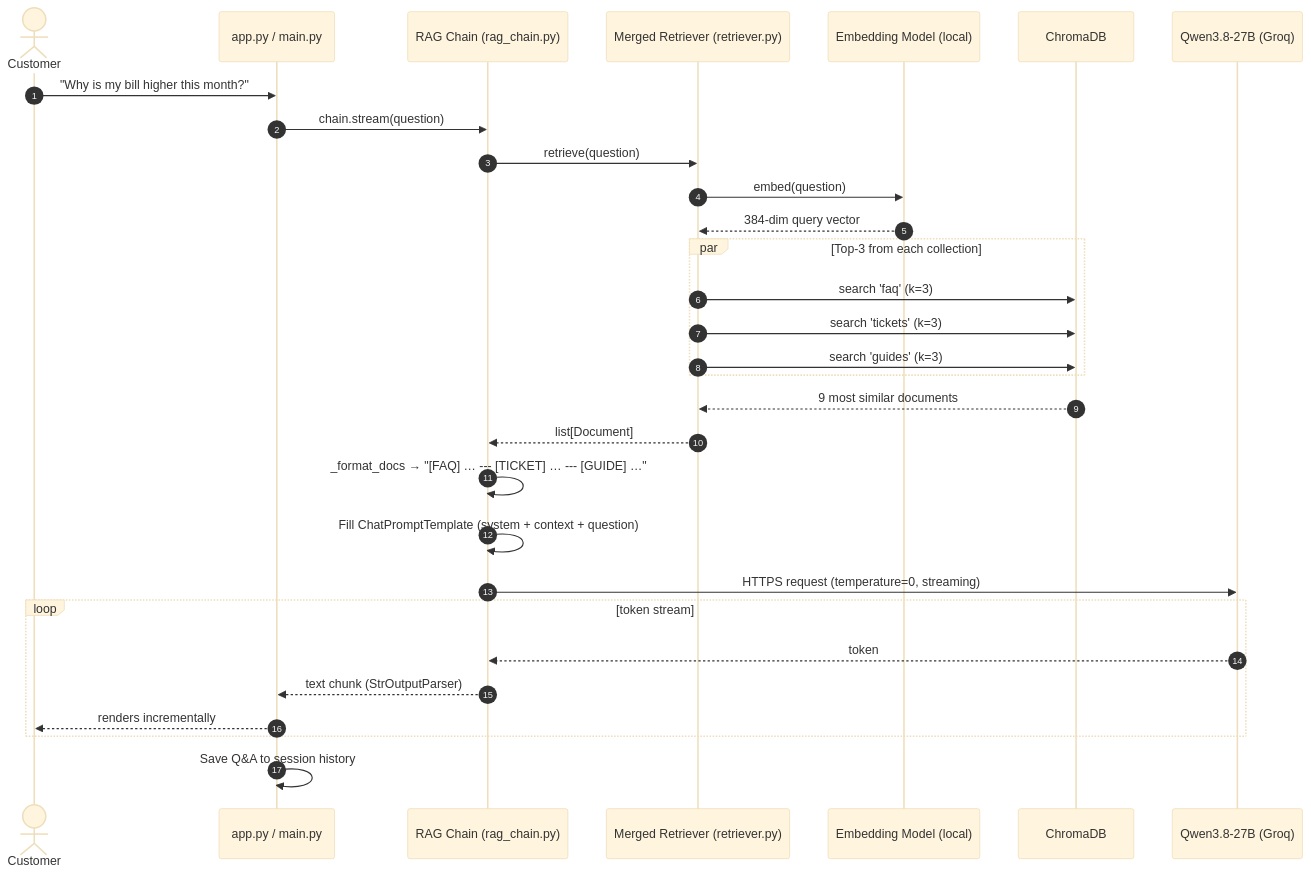
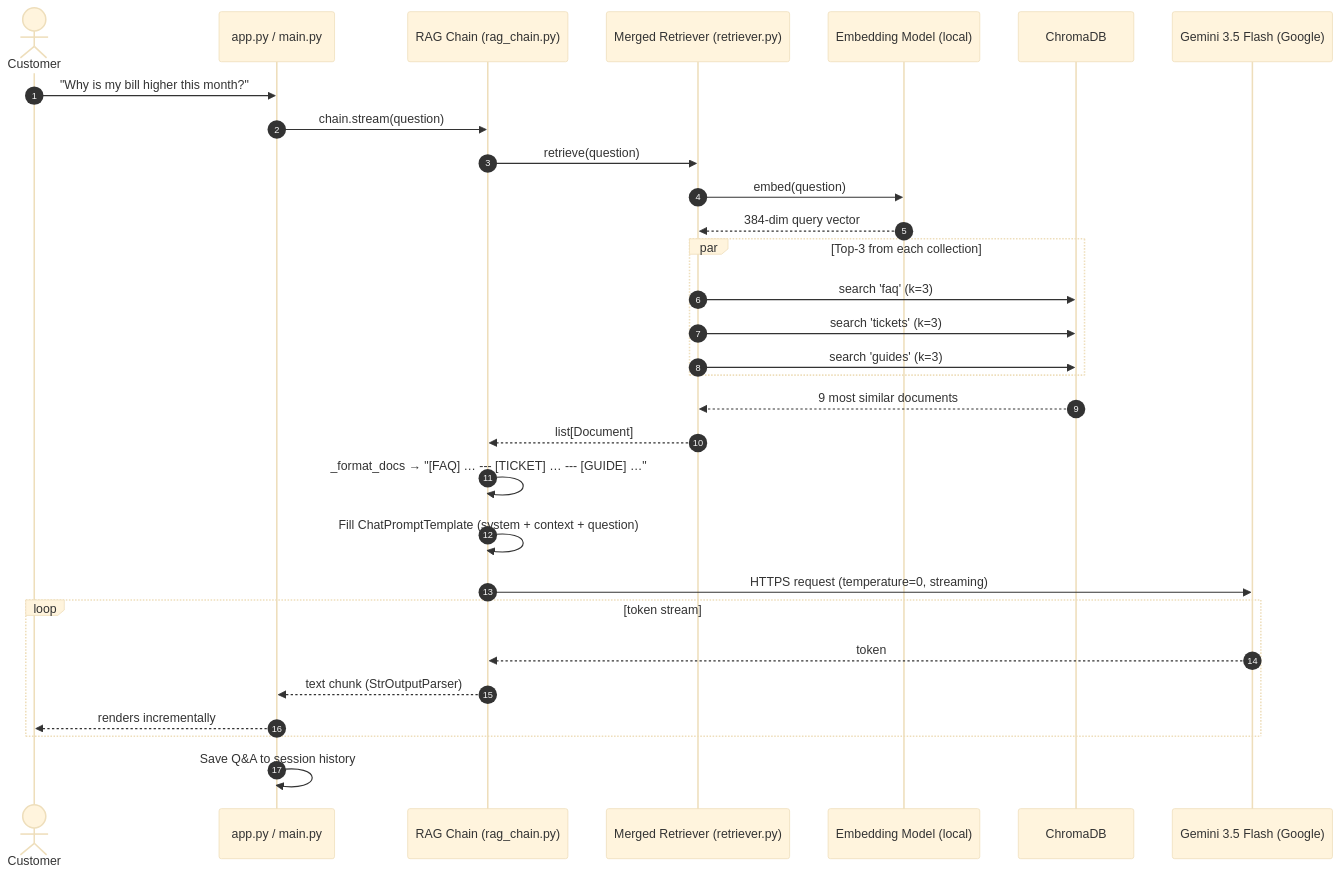
The fifth of 8 diagrams in architecture.md (pavan-dharimireddy/RAG_Telecom_chat_bot), drawn with Mermaid (base theme) before and after one commit. The commit also changed other lines of this file and 9 other files, not shown here.

````diff
--- a/architecture.md
+++ b/architecture.md
@@ -171,33 +171,33 @@
 ```mermaid
 sequenceDiagram
     autonumber
     actor U as Customer
     participant UI as app.py / main.py
     participant CH as RAG Chain (rag_chain.py)
     participant R as Merged Retriever (retriever.py)
     participant E as Embedding Model (local)
     participant V as ChromaDB
-    participant L as Qwen3.8-27B (Groq)
+    participant L as Gemini 3.5 Flash (Google)
 
     U->>UI: "Why is my bill higher this month?"
     UI->>CH: chain.stream(question)
     CH->>R: retrieve(question)
     R->>E: embed(question)
     E-->>R: 384-dim query vector
     par Top-3 from each collection
         R->>V: search 'faq' (k=3)
         R->>V: search 'tickets' (k=3)
         R->>V: search 'guides' (k=3)
     end
     V-->>R: 9 most similar documents
     R-->>CH: list[Document]
     CH->>CH: _format_docs → "[FAQ] … --- [TICKET] … --- [GUIDE] …"
     CH->>CH: Fill ChatPromptTemplate (system + context + question)
     CH->>L: HTTPS request (temperature=0, streaming)
     loop token stream
         L-->>CH: token
         CH-->>UI: text chunk (StrOutputParser)
         UI-->>U: renders incrementally
     end
     UI->>UI: Save Q&A to session history
 ```
````
